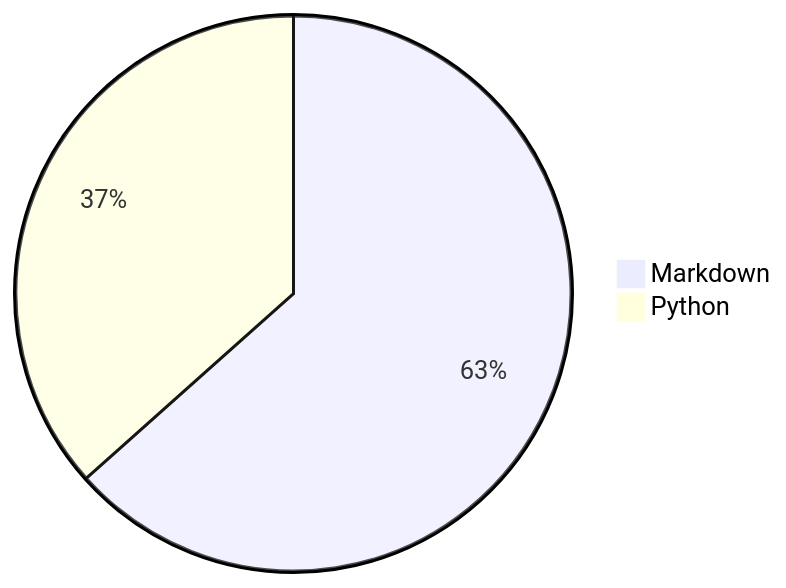
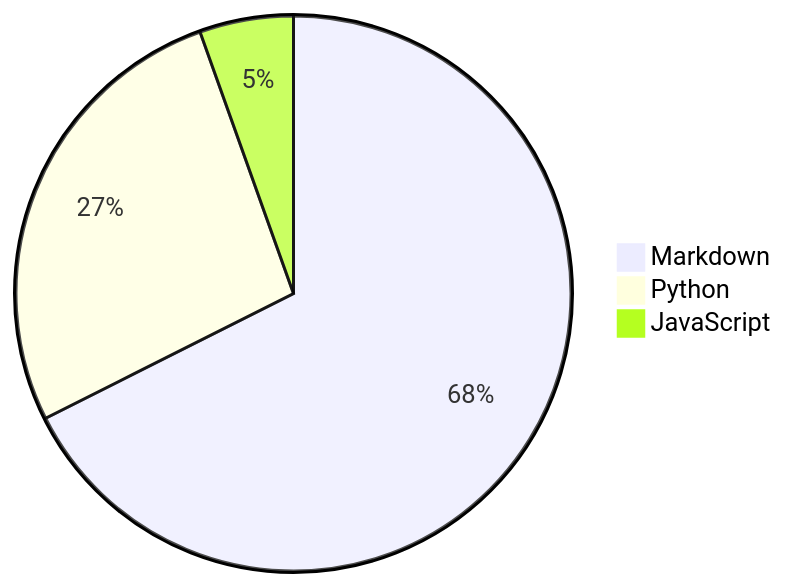
The diagram in README.md (Alicia111/alicia111), drawn with Mermaid before and after one commit.

Commit message:
Update WakaTime stats (・ω・)b

````diff
--- a/README.md
+++ b/README.md
@@ -32,5 +32,6 @@
 ```mermaid
 pie
-    "Markdown" : 63.41
-    "Python" : 36.59
+    "Markdown" : 67.58
+    "Python" : 26.96
+    "JavaScript" : 5.46
 ```
````
